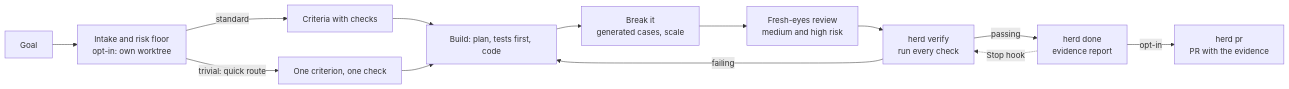
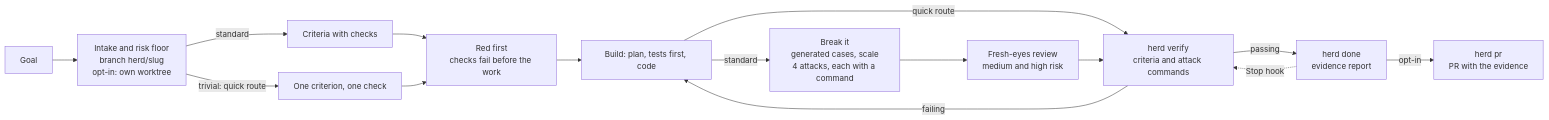
One commit to Beovulfo/herd-sdlc changed the first of 2 diagrams in README.md. Above: the diagram before and after it, drawn with Mermaid. The commit also changed other lines of this file, not shown here.

Commit message:
README: diagrams match 0.3.2 (#10)

````diff
--- a/README.md
+++ b/README.md
@@ -94,15 +95,17 @@
 ```mermaid
 flowchart LR
-    A[Goal] --> B[Intake and risk floor<br/>opt-in: own worktree]
+    A[Goal] --> B[Intake and risk floor<br/>branch herd/slug<br/>opt-in: own worktree]
     B -->|standard| C[Criteria with checks]
     B -->|trivial: quick route| Q[One criterion, one check]
-    C --> D[Build: plan, tests first, code]
-    Q --> D
-    D --> X[Break it<br/>generated cases, scale]
+    C --> R[Red first<br/>checks fail before the work]
+    Q --> R
+    R --> D[Build: plan, tests first, code]
+    D -->|standard| X[Break it<br/>generated cases, scale<br/>4 attacks, each with a command]
+    D -->|quick route| F
     X --> E[Fresh-eyes review<br/>medium and high risk]
-    E --> F[herd verify<br/>run every check]
+    E --> F[herd verify<br/>criteria and attack commands]
     F -->|failing| D
     F -->|passing| G[herd done<br/>evidence report]
     G -.->|Stop hook| F
     G -->|opt-in| P[herd pr<br/>PR with the evidence]
 ```
````
